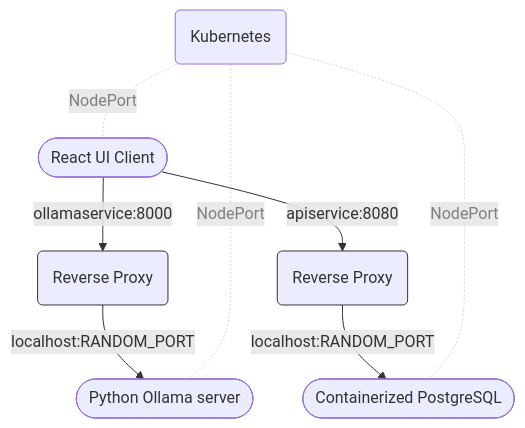
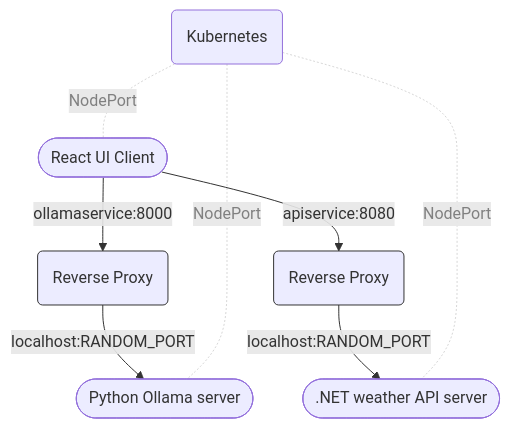
One commit to CynicDog/Aspiring-Ollama changed the second of 2 diagrams in README.md. Above: the diagram before and after it, drawn with Mermaid.

````diff
--- a/README.md
+++ b/README.md
@@ -24,16 +24,16 @@
 ```mermaid
 flowchart TD
     
     A([React UI Client]) --> |ollamaservice:8000| B(Reverse Proxy)
     B --> |localhost:RANDOM_PORT| E([Python Ollama server])
     A --> |apiservice:8080| C(Reverse Proxy)
-    C --> |localhost:RANDOM_PORT| D([Containerized PostgreSQL])
+    C --> |localhost:RANDOM_PORT| D([.NET weather API server])
     F(Kubernetes) -. NodePort .- A 
     F -. NodePort .- D
     F -. NodePort .- E
 
     classDef container stroke:#333,stroke-width:1px;
     class B,C container;
 
     linkStyle 4,5,6 stroke-width:.2px,color:grey;
 ```
````
